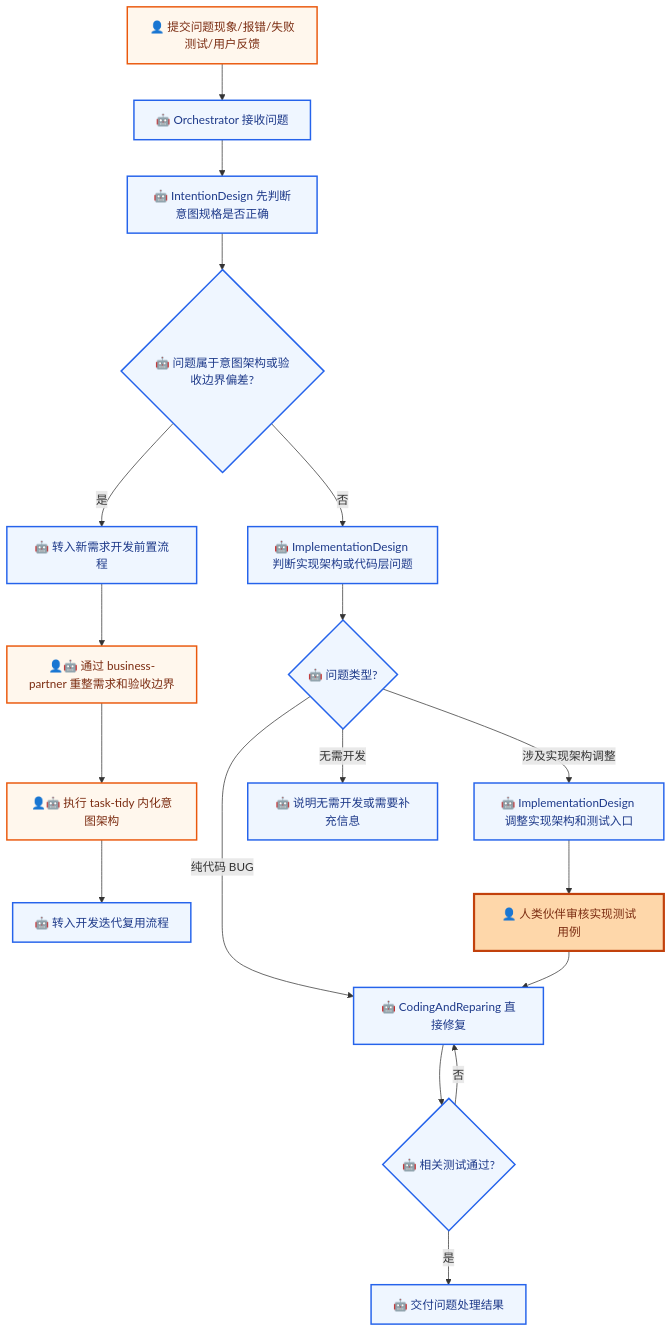
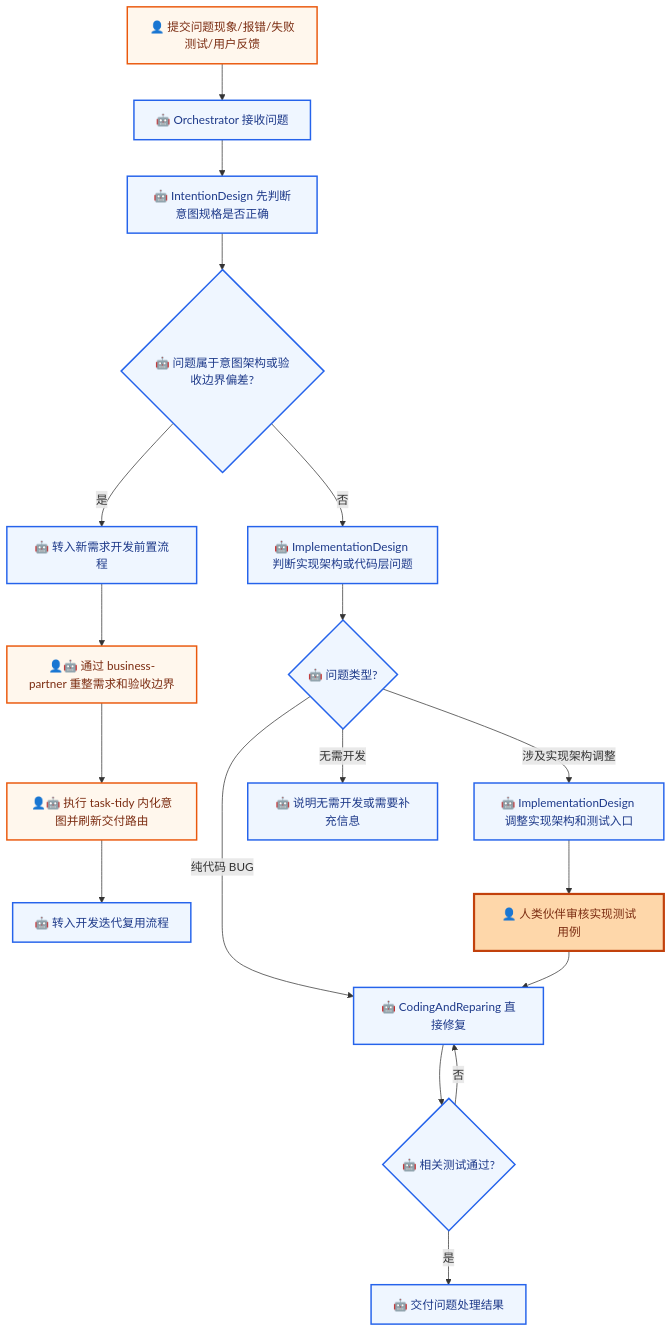
One commit to derekhu0002/Argo changed the third of 5 diagrams in README.md. Above: the diagram before and after it, drawn with Mermaid. The commit also changed other lines of this file, not shown here.

````diff
--- a/README.md
+++ b/README.md
@@ -122,26 +122,26 @@
 ```mermaid
 flowchart TD
     A[👤 提交问题现象/报错/失败测试/用户反馈] --> B[🤖 Orchestrator 接收问题]
     B --> C[🤖 IntentionDesign 先判断意图规格是否正确]
     C --> D{🤖 问题属于意图架构或验收边界偏差?}
     D -- 是 --> E[🤖 转入新需求开发前置流程]
     E --> F[👤🤖 通过 business-partner 重整需求和验收边界]
-    F --> G[👤🤖 执行 task-tidy 内化意图架构]
+    F --> G[👤🤖 执行 task-tidy 内化意图并刷新交付路由]
     G --> P[🤖 转入开发迭代复用流程]
     D -- 否 --> H[🤖 ImplementationDesign 判断实现架构或代码层问题]
     H --> I{🤖 问题类型?}
     I -- 纯代码 BUG --> J[🤖 CodingAndReparing 直接修复]
     I -- 涉及实现架构调整 --> K[🤖 ImplementationDesign 调整实现架构和测试入口]
     K --> L[👤 人类伙伴审核实现测试用例]
     L --> J
     J --> M{🤖 相关测试通过?}
     M -- 否 --> J
     M -- 是 --> N[🤖 交付问题处理结果]
     I -- 无需开发 --> O[🤖 说明无需开发或需要补充信息]
     classDef human fill:#fff7ed,stroke:#ea580c,color:#7c2d12,stroke-width:2px
     classDef humanDecision fill:#fed7aa,stroke:#c2410c,color:#7c2d12,stroke-width:3px
     classDef ai fill:#eff6ff,stroke:#2563eb,color:#1e3a8a,stroke-width:2px
     class A,F,G human
     class L humanDecision
     class B,C,D,E,P,H,I,J,K,M,N,O ai
 ```
````
